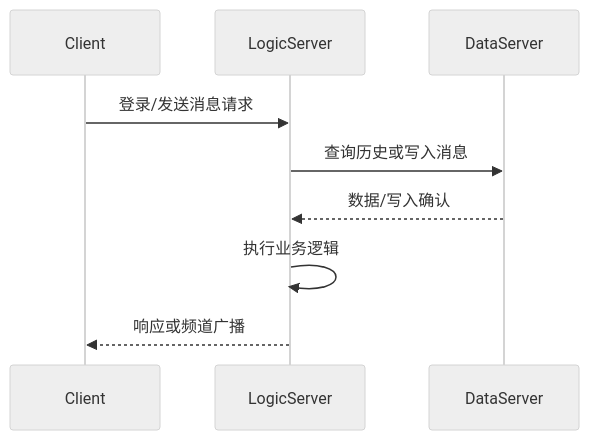
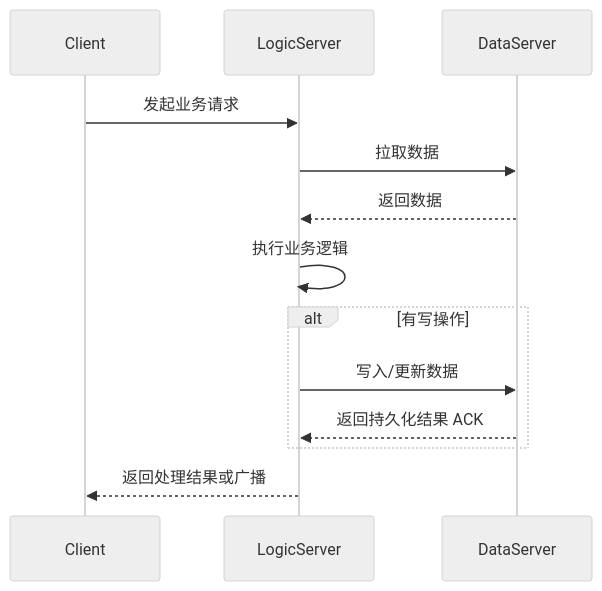
Before and after one commit to feiyun0310/linux-backend-learning-notes: the first of 6 diagrams in 07-game-chat-server.md, drawn with Mermaid (neutral theme). The commit also changed other lines of this file, not shown here.

Commit message:
docs: restore detailed layered chat server flows

````diff
--- a/07-game-chat-server.md
+++ b/07-game-chat-server.md
@@ -11,11 +7,15 @@
-~~~mermaid
+```mermaid
 sequenceDiagram
     participant C as Client
     participant L as LogicServer
     participant D as DataServer
-    C->>L: 登录/发送消息请求
-    L->>D: 查询历史或写入消息
-    D-->>L: 数据/写入确认
+    C->>L: 发起业务请求
+    L->>D: 拉取数据
+    D-->>L: 返回数据
     L->>L: 执行业务逻辑
-    L-->>C: 响应或频道广播
-~~~
+    alt 有写操作
+        L->>D: 写入/更新数据
+        D-->>L: 返回持久化结果 ACK
+    end
+    L-->>C: 返回处理结果或广播
+```
````
